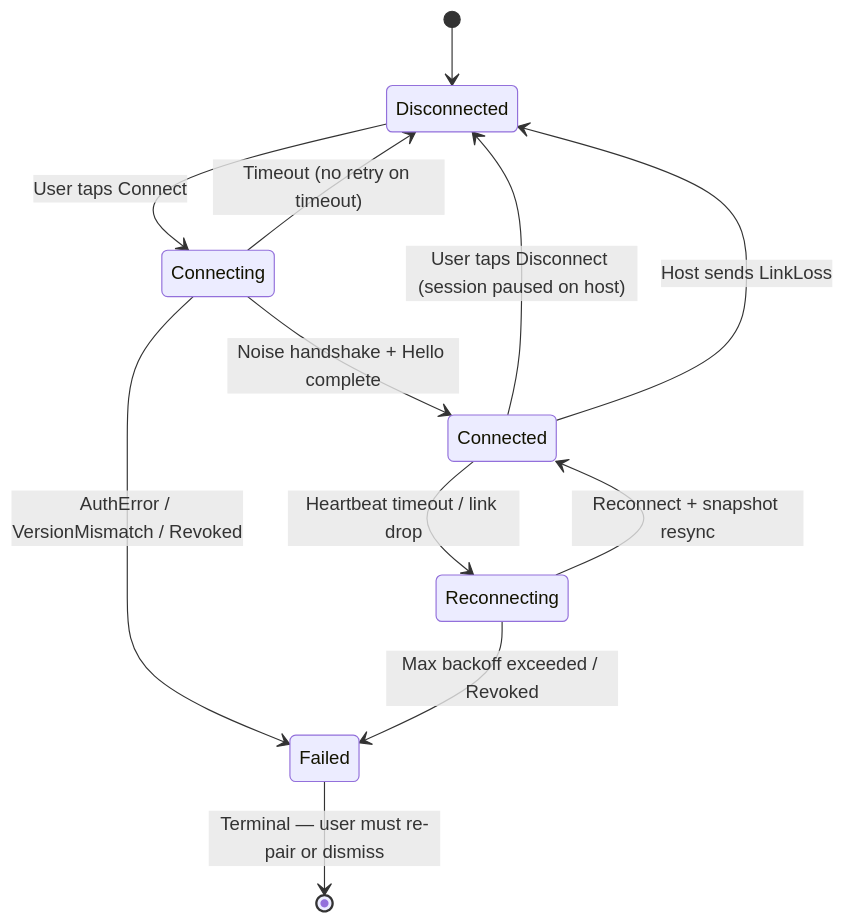
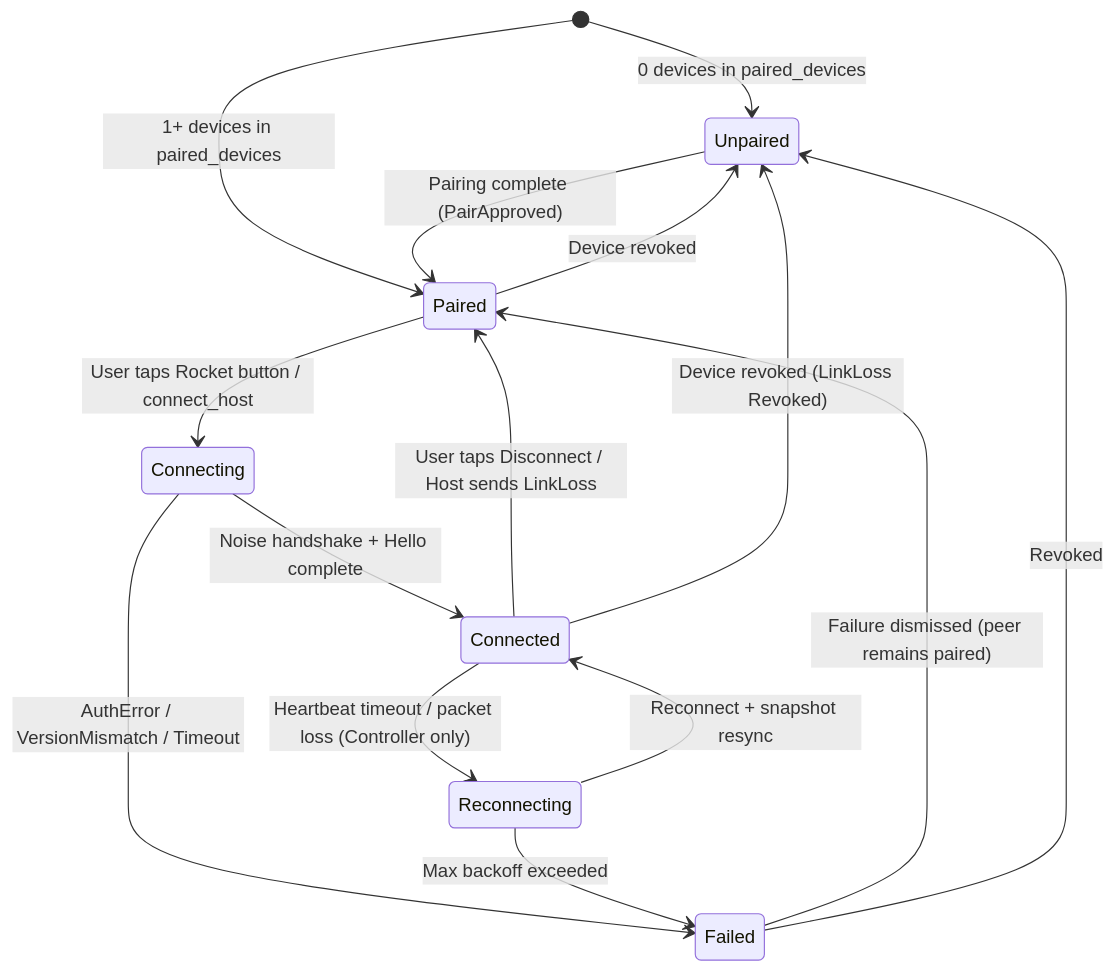
One commit to addy-47/vox changed the fourth of 4 diagrams in docs/specs/remote-control-spec.md. Above: the diagram before and after it, drawn with Mermaid. The commit also changed other lines of this file and 26 other files, not shown here.

Commit message:
refactor: implement Tier 1 pairing and Tier 2 link supervisor in remote session manager

````diff
--- a/docs/specs/remote-control-spec.md
+++ b/docs/specs/remote-control-spec.md
@@ -284,14 +340,17 @@
 ```mermaid
 stateDiagram-v2
-    [*] --> Disconnected
-    Disconnected --> Connecting: User taps Connect
+    [*] --> Unpaired: 0 devices in paired_devices
+    [*] --> Paired: 1+ devices in paired_devices
+    Unpaired --> Paired: Pairing complete (PairApproved)
+    Paired --> Connecting: User taps Rocket button / connect_host
     Connecting --> Connected: Noise handshake + Hello complete
-    Connecting --> Failed: AuthError / VersionMismatch / Revoked
-    Connecting --> Disconnected: Timeout (no retry on timeout)
-    Connected --> Reconnecting: Heartbeat timeout / link drop
+    Connecting --> Failed: AuthError / VersionMismatch / Timeout
+    Connected --> Reconnecting: Heartbeat timeout / packet loss (Controller only)
     Reconnecting --> Connected: Reconnect + snapshot resync
-    Reconnecting --> Failed: Max backoff exceeded / Revoked
-    Connected --> Disconnected: User taps Disconnect (session paused on host)
-    Connected --> Disconnected: Host sends LinkLoss
-    Failed --> [*]: Terminal — user must re-pair or dismiss
+    Reconnecting --> Failed: Max backoff exceeded
+    Connected --> Paired: User taps Disconnect / Host sends LinkLoss
+    Paired --> Unpaired: Device revoked
+    Connected --> Unpaired: Device revoked (LinkLoss Revoked)
+    Failed --> Paired: Failure dismissed (peer remains paired)
+    Failed --> Unpaired: Revoked
 ```
````
